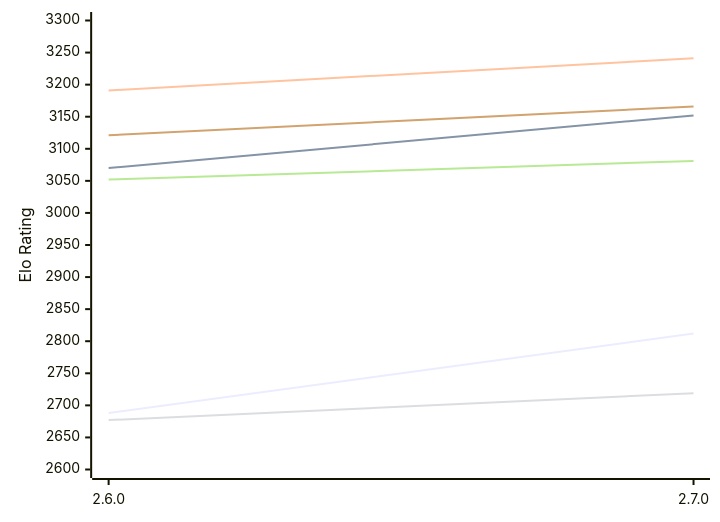
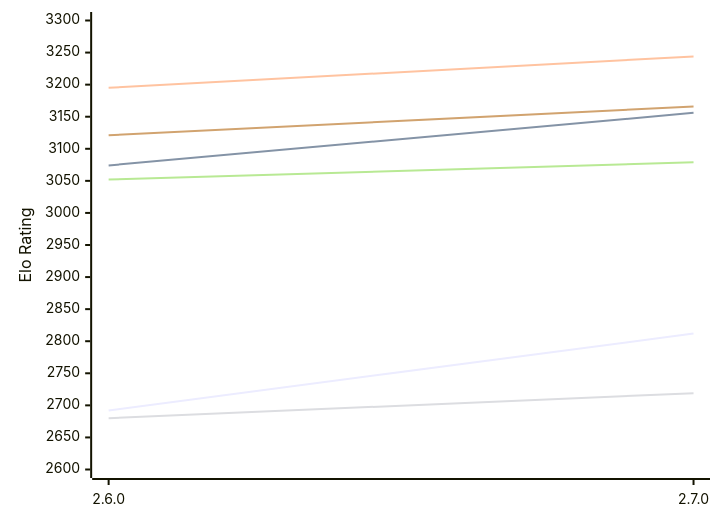
One commit to computer-chess-index/cci changed the first of 2 diagrams in engines/Sturddle2.md. Above: the diagram before and after it, drawn with Mermaid. The commit also changed other lines of this file, not shown here.

Commit message:
Update CCI Ratings (ELO VLTC) - 2026-11-22

````diff
--- a/engines/Sturddle2.md
+++ b/engines/Sturddle2.md
@@ -51,12 +51,12 @@
 ```mermaid
 %%{init: {"theme":"base","themeVariables":{"seriesColors:['#a3a3a3','#222221','#faa371']}}}%%
 xychart-beta
   x-axis ["2.6.0", "2.7.0"]
   y-axis "Elo Rating" 2600 --> 3300
-  line "E1: STC (8.0+0.08s)" [2688, 2812]
-  line "E1: LTC (60.0+0.60s)" [3070, 3152]
-  line "E1: VLTC (2m24s+1.12s)" [3191, 3241]
-  line "P1: STC (8.0+0.08s)" [2677, 2719]
-  line "P1: LTC (60.0+0.60s)" [3052, 3081]
+  line "E1: STC (8.0+0.08s)" [2692, 2812]
+  line "E1: LTC (60.0+0.60s)" [3074, 3156]
+  line "E1: VLTC (2m24s+1.12s)" [3195, 3244]
+  line "P1: STC (8.0+0.08s)" [2680, 2719]
+  line "P1: LTC (60.0+0.60s)" [3052, 3079]
   line "P1: VLTC (2m24s+1.12s)" [3121, 3166]
 ```
````
